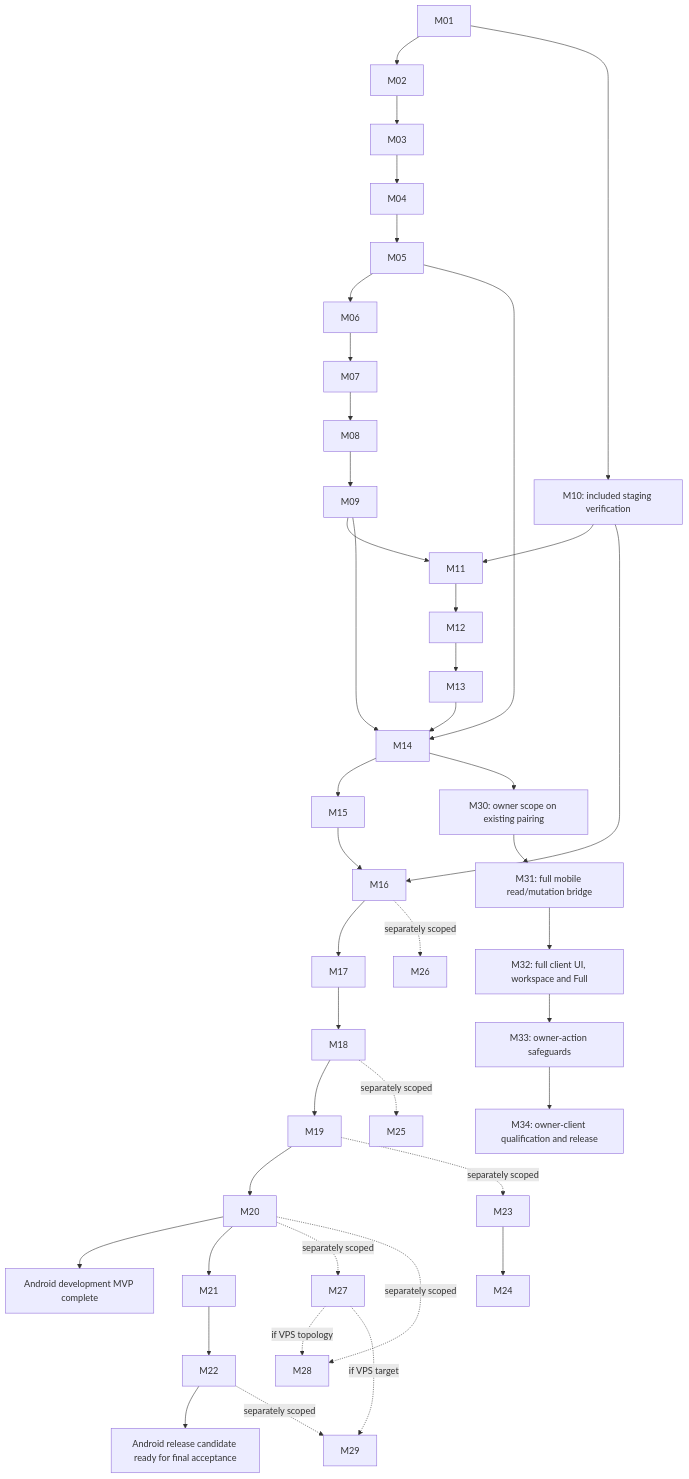
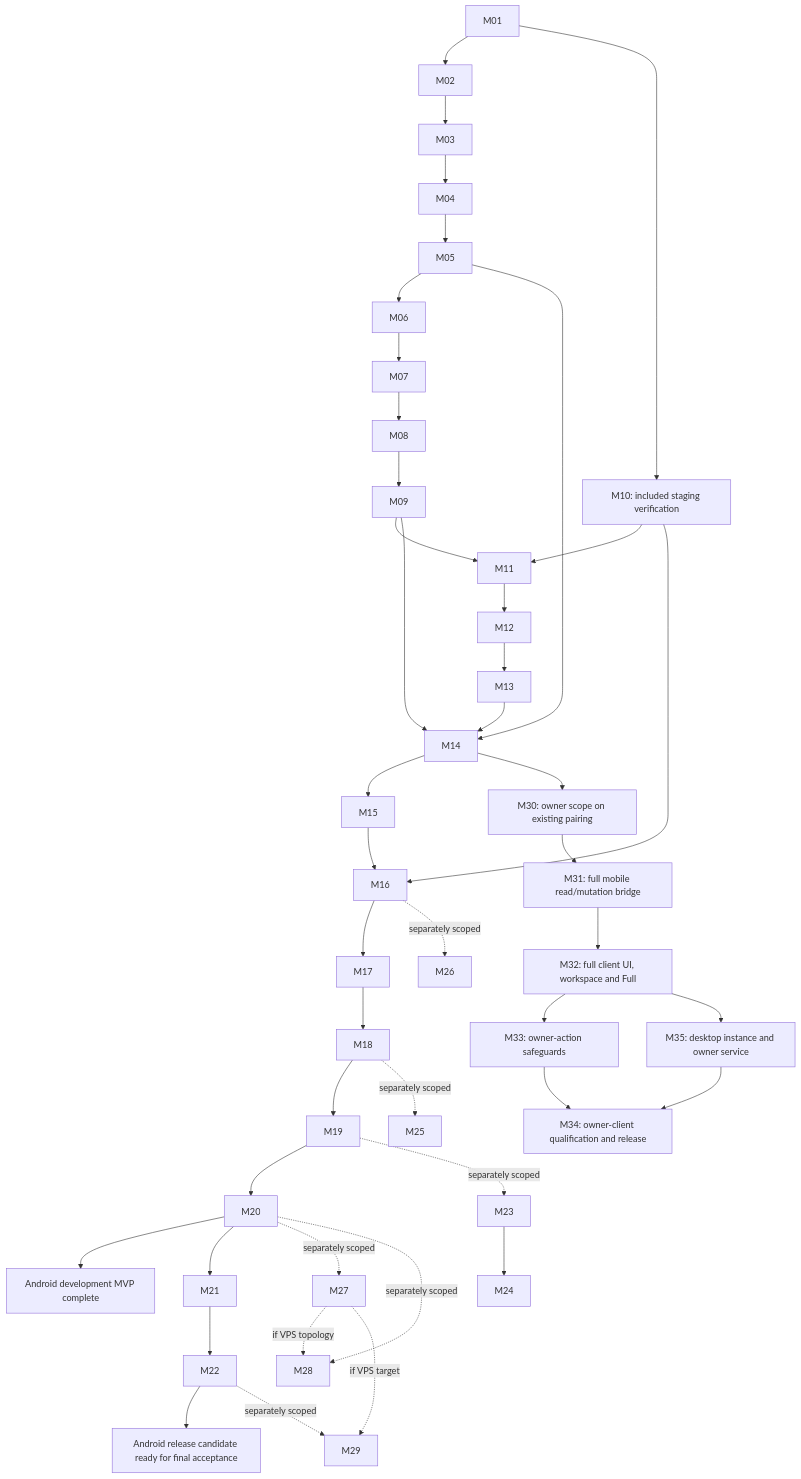
Before and after one commit to JadenChun/nanobot-custom: the diagram in docs/mobile-client-tasks.md, drawn with Mermaid. The commit also changed other lines of this file and 2 other files, not shown here.

First line of the commit message:
docs(mobile): add mobile folder browser and desktop instance task

````diff
--- a/docs/mobile-client-tasks.md
+++ b/docs/mobile-client-tasks.md
@@ -120,27 +121,29 @@
 ```mermaid
 flowchart TD
   M01 --> M02 --> M03 --> M04 --> M05
   M05 --> M06 --> M07 --> M08 --> M09
   M01 --> M10["M10: included staging verification"]
   M09 --> M11
   M10 --> M11
   M11 --> M12 --> M13 --> M14 --> M15 --> M16 --> M17 --> M18 --> M19 --> M20
   M05 --> M14
   M09 --> M14
   M10 --> M16
   M20 --> DEV["Android development MVP complete"]
   M20 --> M21 --> M22 --> RELEASE["Android release candidate ready for final acceptance"]
   M19 -. separately scoped .-> M23 --> M24
   M18 -. separately scoped .-> M25
   M16 -. separately scoped .-> M26
   M20 -. separately scoped .-> M27
   M20 -. separately scoped .-> M28
   M22 -. separately scoped .-> M29
   M27 -. if VPS topology .-> M28
   M27 -. if VPS target .-> M29
   M14 --> M30["M30: owner scope on existing pairing"]
   M30 --> M31["M31: full mobile read/mutation bridge"]
   M31 --> M32["M32: full client UI, workspace and Full"]
   M32 --> M33["M33: owner-action safeguards"]
+  M32 --> M35["M35: desktop instance and owner service"]
   M33 --> M34["M34: owner-client qualification and release"]
+  M35 --> M34
 ```
````
